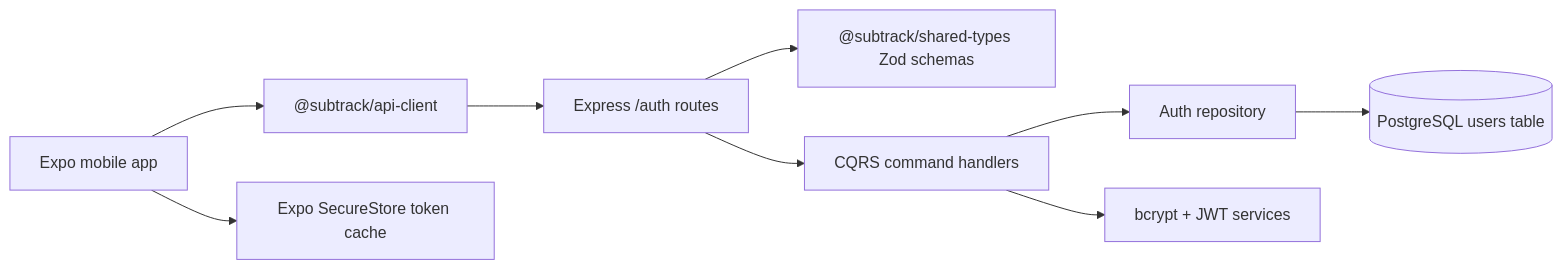
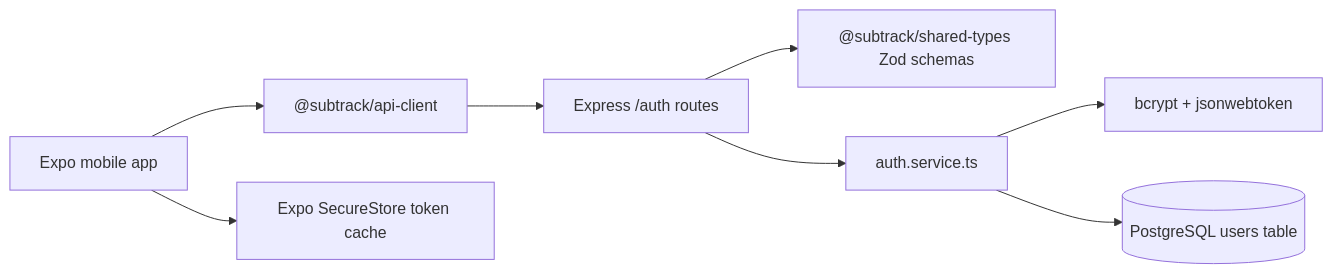
One commit to Davids89/mysubs changed the first of 6 diagrams in docs/auth-flow.md. Above: the diagram before and after it, drawn with Mermaid. The commit also changed other lines of this file and 7 other files, not shown here.

First line of the commit message:
[DESIGN-001.6] Make CLAUDE.md the single agent guide and document the architecture

````diff
--- a/docs/auth-flow.md
+++ b/docs/auth-flow.md
@@ -15,11 +16,10 @@
 ```mermaid
 flowchart LR
   Mobile[Expo mobile app] --> ApiClient["@subtrack/api-client"]
   ApiClient --> Backend["Express /auth routes"]
   Backend --> Shared["@subtrack/shared-types Zod schemas"]
-  Backend --> Handler["CQRS command handlers"]
-  Handler --> Repo["Auth repository"]
-  Handler --> Security["bcrypt + JWT services"]
-  Repo --> DB[(PostgreSQL users table)]
+  Backend --> Service["auth.service.ts"]
+  Service --> Security["bcrypt + jsonwebtoken"]
+  Service --> DB[(PostgreSQL users table)]
   Mobile --> SecureStore["Expo SecureStore token cache"]
 ```
````
